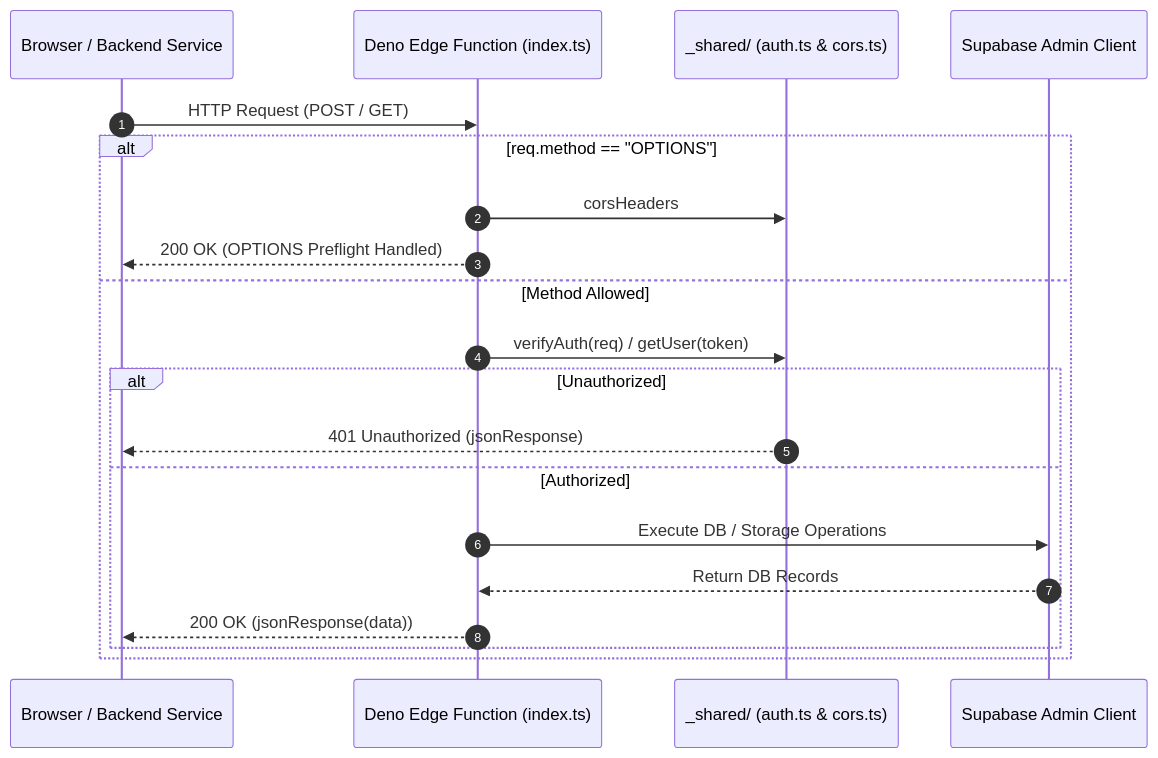
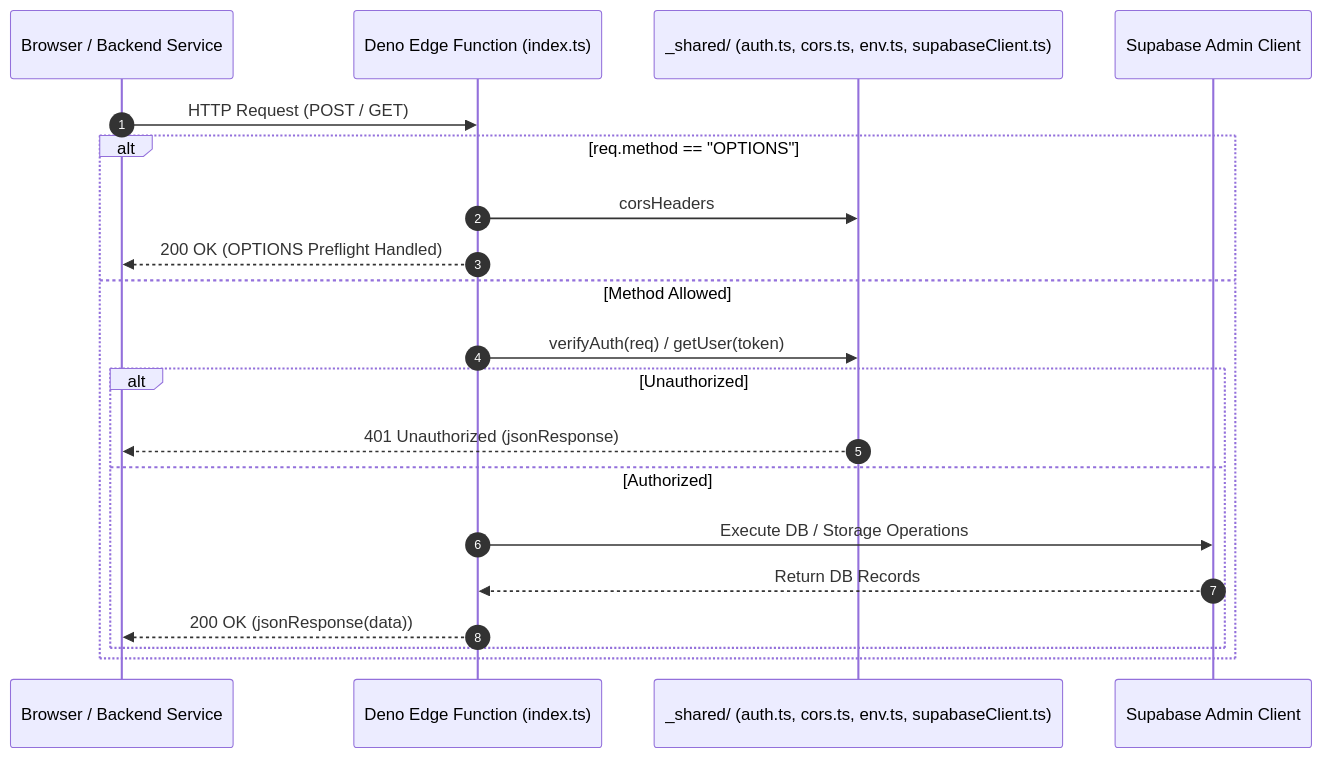
The diagram in supabase/functions/code.ARCH.md (VictorBravo9er/Teacher-Assistant-Workspace), drawn with Mermaid before and after one commit. The commit also changed 14 other files, not shown here.

Commit message:
docs: complete verification and synchronize micro-docs with systems architecture

````diff
--- a/supabase/functions/code.ARCH.md
+++ b/supabase/functions/code.ARCH.md
@@ -9,23 +9,23 @@
 ```mermaid
 sequenceDiagram
     autonumber
     participant Client as Browser / Backend Service
     participant EdgeFunc as Deno Edge Function (index.ts)
-    participant Shared as _shared/ (auth.ts & cors.ts)
+    participant Shared as _shared/ (auth.ts, cors.ts, env.ts, supabaseClient.ts)
     participant Supabase as Supabase Admin Client
 
     Client->>EdgeFunc: HTTP Request (POST / GET)
     alt req.method == "OPTIONS"
         EdgeFunc->>Shared: corsHeaders
         EdgeFunc-->>Client: 200 OK (OPTIONS Preflight Handled)
     else Method Allowed
         EdgeFunc->>Shared: verifyAuth(req) / getUser(token)
         alt Unauthorized
             Shared-->>Client: 401 Unauthorized (jsonResponse)
         else Authorized
             EdgeFunc->>Supabase: Execute DB / Storage Operations
             Supabase-->>EdgeFunc: Return DB Records
             EdgeFunc-->>Client: 200 OK (jsonResponse(data))
         end
     end
 ```
````
